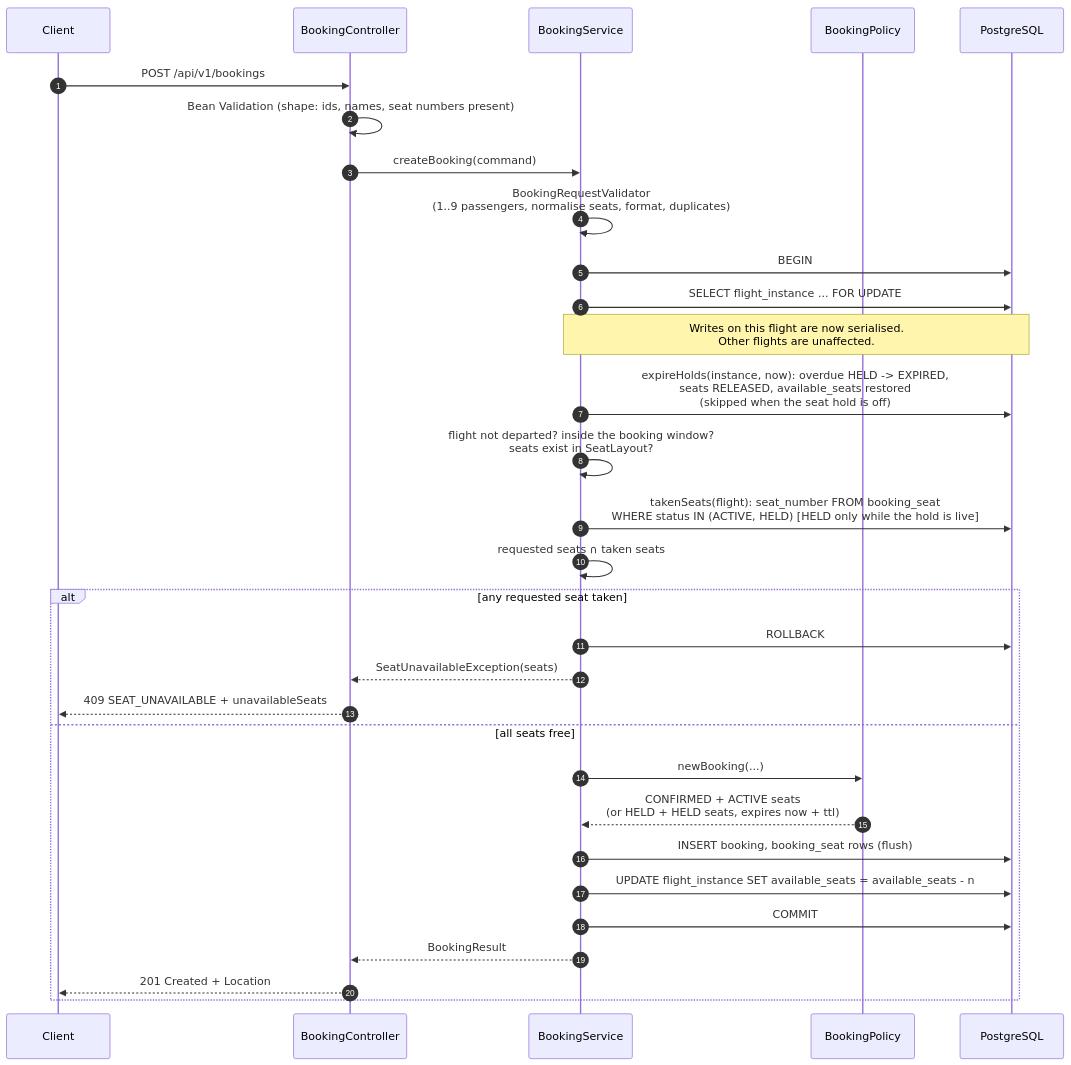
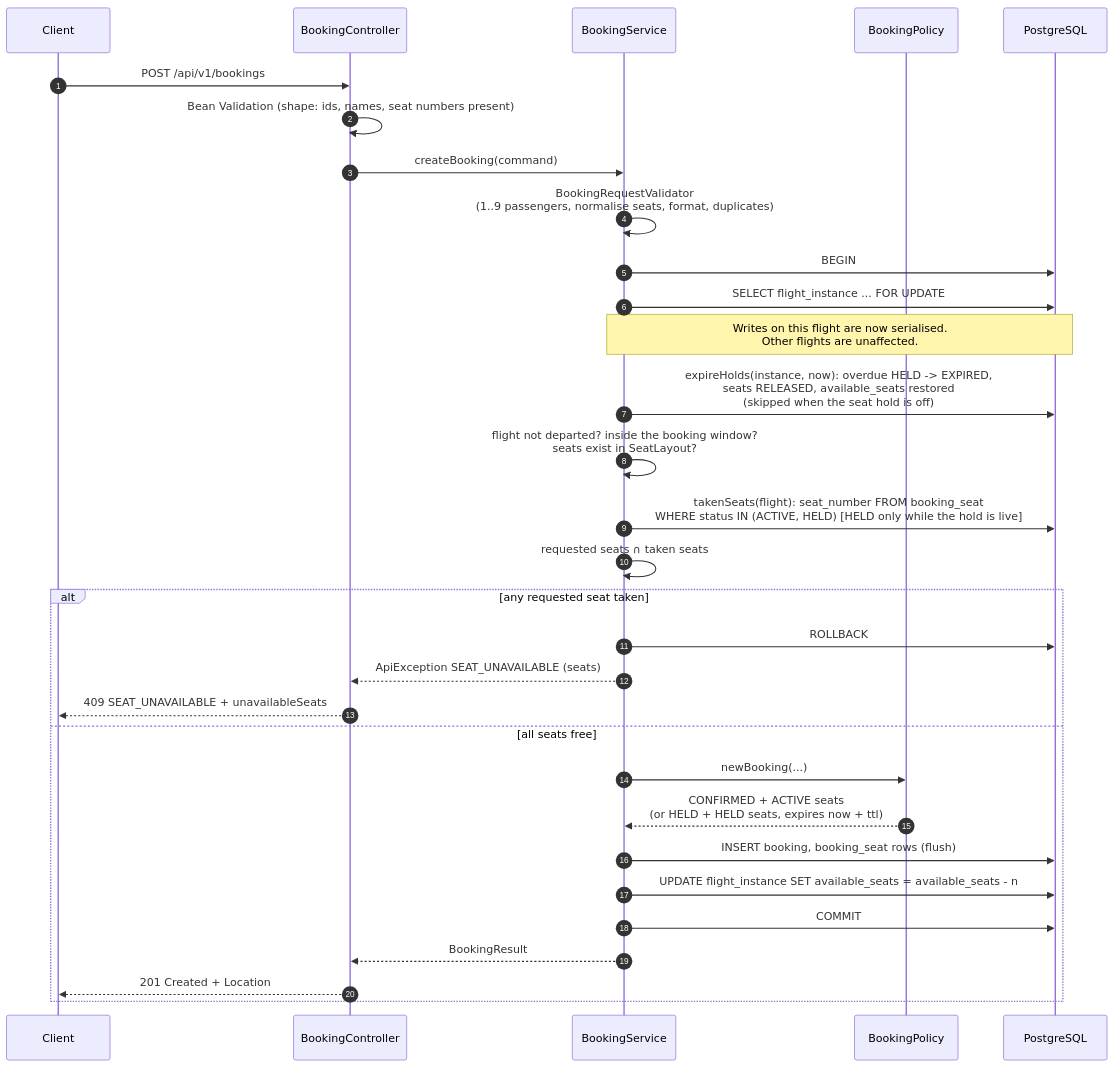
One commit to ambikadasc/airline-ticketing-system changed the diagram in hld/diagrams/booking-sequence.mmd. Above: the diagram before and after it, drawn with Mermaid. The commit also changed 14 other files, not shown here.

```diff
--- a/hld/diagrams/booking-sequence.mmd
+++ b/hld/diagrams/booking-sequence.mmd
@@ -1,32 +1,32 @@
 sequenceDiagram
     autonumber
     participant C as Client
     participant API as BookingController
     participant S as BookingService
     participant P as BookingPolicy
     participant DB as PostgreSQL
 
     C->>API: POST /api/v1/bookings
     API->>API: Bean Validation (shape: ids, names, seat numbers present)
     API->>S: createBooking(command)
     S->>S: BookingRequestValidator<br/>(1..9 passengers, normalise seats, format, duplicates)
     S->>DB: BEGIN
     S->>DB: SELECT flight_instance ... FOR UPDATE
     Note over S,DB: Writes on this flight are now serialised.<br/>Other flights are unaffected.
     S->>DB: expireHolds(instance, now): overdue HELD -> EXPIRED,<br/>seats RELEASED, available_seats restored<br/>(skipped when the seat hold is off)
     S->>S: flight not departed? inside the booking window?<br/>seats exist in SeatLayout?
     S->>DB: takenSeats(flight): seat_number FROM booking_seat<br/>WHERE status IN (ACTIVE, HELD) [HELD only while the hold is live]
     S->>S: requested seats ∩ taken seats
     alt any requested seat taken
         S->>DB: ROLLBACK
-        S-->>API: SeatUnavailableException(seats)
+        S-->>API: ApiException SEAT_UNAVAILABLE (seats)
         API-->>C: 409 SEAT_UNAVAILABLE + unavailableSeats
     else all seats free
         S->>P: newBooking(...)
         P-->>S: CONFIRMED + ACTIVE seats<br/>(or HELD + HELD seats, expires now + ttl)
         S->>DB: INSERT booking, booking_seat rows (flush)
         S->>DB: UPDATE flight_instance SET available_seats = available_seats - n
         S->>DB: COMMIT
         S-->>API: BookingResult
         API-->>C: 201 Created + Location
     end
```
